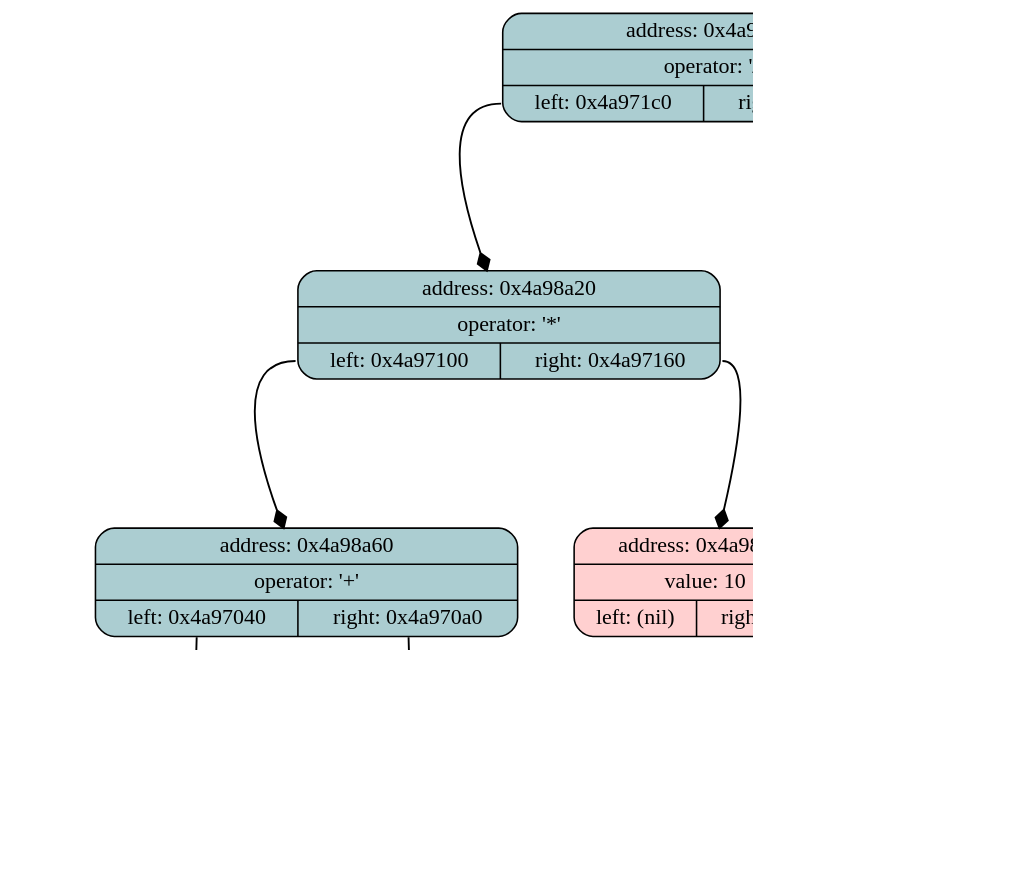
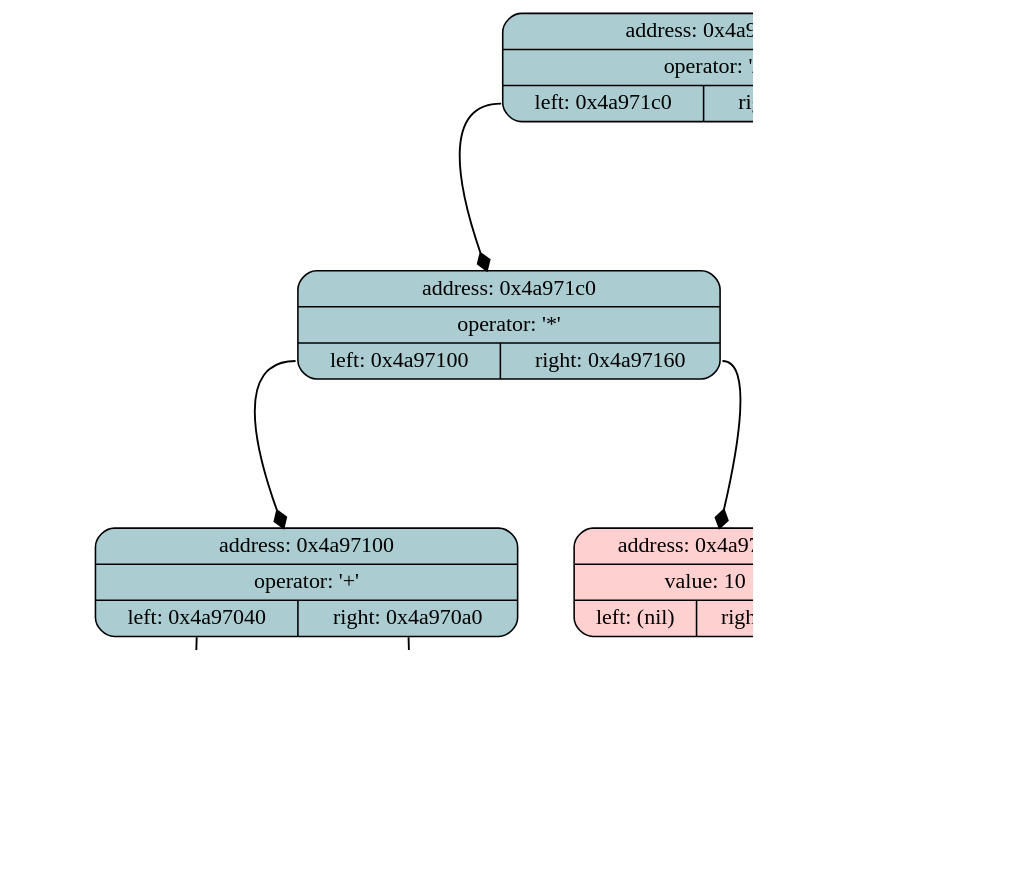
The diagram in data/list.dot (VictorBerbenets/Differentiator), drawn with Graphviz before and after one commit. The commit also changed 4 other files, not shown here.

Commit message:
fixed graph dump

```diff
--- a/data/list.dot
+++ b/data/list.dot
@@ -1,28 +1,28 @@
 digraph List {
 	dpi = 100;
 	fontname = "Comic Sans MS";
 	fontsize = 20;
 	rankdir  = TB;
 graph [fillcolor = lightgreen, ranksep = 1.3, nodesep = 0.5, style = "rounded", color = green, penwidth = 2];
-edge [color = dark, arrowhead = diamond, arrowsize = 1, penwidth = 1.2];
-node1 [shape = Mrecord, style = filled, fillcolor = "#ABCDD1", label = "{address: 0x4a98a00|operator: '/'| { <ptr1> left: 0x4a971c0| <ptr2> right: 0x4a97280}}"]
-node2 [shape = Mrecord, style = filled, fillcolor = "#ABCDD1", label = "{address: 0x4a98a00|operator: '/'| { <ptr1> left: 0x4a971c0| <ptr2> right: 0x4a97280}}"]
-node1: <ptr1> -> node2; node3 [shape = Mrecord, style = filled, fillcolor = "#ABCDD1", label = "{address: 0x4a98a00|operator: '/'| { <ptr1> left: 0x4a971c0| <ptr2> right: 0x4a97280}}"]
+edge [color = black, arrowhead = diamond, arrowsize = 1, penwidth = 1.2];
+node1 [shape = Mrecord, style = filled, fillcolor = "#ABCDD1", label = "{address: 0x4a97280|operator: '/'| { <ptr1> left: 0x4a971c0| <ptr2> right: 0x4a97220}}"]
+node2 [shape = Mrecord, style = filled, fillcolor = "#ABCDD1", label = "{address: 0x4a97280|operator: '/'| { <ptr1> left: 0x4a971c0| <ptr2> right: 0x4a97220}}"]
+node1: <ptr1> -> node2; node3 [shape = Mrecord, style = filled, fillcolor = "#ABCDD1", label = "{address: 0x4a97280|operator: '/'| { <ptr1> left: 0x4a971c0| <ptr2> right: 0x4a97220}}"]
 node1: <ptr2> -> node3; 
-node2 [shape = Mrecord, style = filled, fillcolor = "#ABCDD1", label = "{address: 0x4a98a20|operator: '*'| { <ptr1> left: 0x4a97100| <ptr2> right: 0x4a97160}}"]
-node4 [shape = Mrecord, style = filled, fillcolor = "#ABCDD1", label = "{address: 0x4a98a20|operator: '*'| { <ptr1> left: 0x4a97100| <ptr2> right: 0x4a97160}}"]
-node2: <ptr1> -> node4; node5 [shape = Mrecord, style = filled, fillcolor = "#ABCDD1", label = "{address: 0x4a98a20|operator: '*'| { <ptr1> left: 0x4a97100| <ptr2> right: 0x4a97160}}"]
+node2 [shape = Mrecord, style = filled, fillcolor = "#ABCDD1", label = "{address: 0x4a971c0|operator: '*'| { <ptr1> left: 0x4a97100| <ptr2> right: 0x4a97160}}"]
+node4 [shape = Mrecord, style = filled, fillcolor = "#ABCDD1", label = "{address: 0x4a971c0|operator: '*'| { <ptr1> left: 0x4a97100| <ptr2> right: 0x4a97160}}"]
+node2: <ptr1> -> node4; node5 [shape = Mrecord, style = filled, fillcolor = "#ABCDD1", label = "{address: 0x4a971c0|operator: '*'| { <ptr1> left: 0x4a97100| <ptr2> right: 0x4a97160}}"]
 node2: <ptr2> -> node5; 
-node3 [shape = Mrecord, style = filled, fillcolor = "#FFD0D0", label = "{address: 0x4a98a40|value: -2| { <ptr1> left: (nil)| <ptr2> right: (nil)}}"]
+node3 [shape = Mrecord, style = filled, fillcolor = "#FFD0D0", label = "{address: 0x4a97220|value: -2| { <ptr1> left: (nil)| <ptr2> right: (nil)}}"]
 
-node4 [shape = Mrecord, style = filled, fillcolor = "#ABCDD1", label = "{address: 0x4a98a60|operator: '+'| { <ptr1> left: 0x4a97040| <ptr2> right: 0x4a970a0}}"]
-node6 [shape = Mrecord, style = filled, fillcolor = "#ABCDD1", label = "{address: 0x4a98a60|operator: '+'| { <ptr1> left: 0x4a97040| <ptr2> right: 0x4a970a0}}"]
-node4: <ptr1> -> node6; node7 [shape = Mrecord, style = filled, fillcolor = "#ABCDD1", label = "{address: 0x4a98a60|operator: '+'| { <ptr1> left: 0x4a97040| <ptr2> right: 0x4a970a0}}"]
+node4 [shape = Mrecord, style = filled, fillcolor = "#ABCDD1", label = "{address: 0x4a97100|operator: '+'| { <ptr1> left: 0x4a97040| <ptr2> right: 0x4a970a0}}"]
+node6 [shape = Mrecord, style = filled, fillcolor = "#ABCDD1", label = "{address: 0x4a97100|operator: '+'| { <ptr1> left: 0x4a97040| <ptr2> right: 0x4a970a0}}"]
+node4: <ptr1> -> node6; node7 [shape = Mrecord, style = filled, fillcolor = "#ABCDD1", label = "{address: 0x4a97100|operator: '+'| { <ptr1> left: 0x4a97040| <ptr2> right: 0x4a970a0}}"]
 node4: <ptr2> -> node7; 
-node5 [shape = Mrecord, style = filled, fillcolor = "#FFD0D0", label = "{address: 0x4a98a80|value: 10| { <ptr1> left: (nil)| <ptr2> right: (nil)}}"]
+node5 [shape = Mrecord, style = filled, fillcolor = "#FFD0D0", label = "{address: 0x4a97160|value: 10| { <ptr1> left: (nil)| <ptr2> right: (nil)}}"]
 
-node6 [shape = Mrecord, style = filled, fillcolor = "#FFD0D0", label = "{address: 0x4a98aa0|value: 5| { <ptr1> left: (nil)| <ptr2> right: (nil)}}"]
+node6 [shape = Mrecord, style = filled, fillcolor = "#FFD0D0", label = "{address: 0x4a97040|value: 5| { <ptr1> left: (nil)| <ptr2> right: (nil)}}"]
 
-node7 [shape = Mrecord, style = filled, fillcolor = "#FFD0D0", label = "{address: 0x4a98ac0|value: 7| { <ptr1> left: (nil)| <ptr2> right: (nil)}}"]
+node7 [shape = Mrecord, style = filled, fillcolor = "#FFD0D0", label = "{address: 0x4a970a0|value: 7| { <ptr1> left: (nil)| <ptr2> right: (nil)}}"]
 
 }
```
